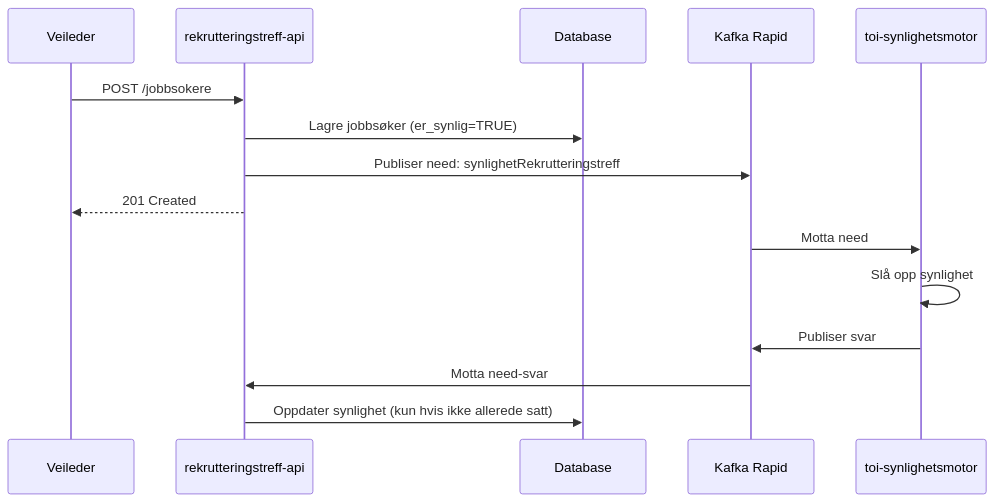
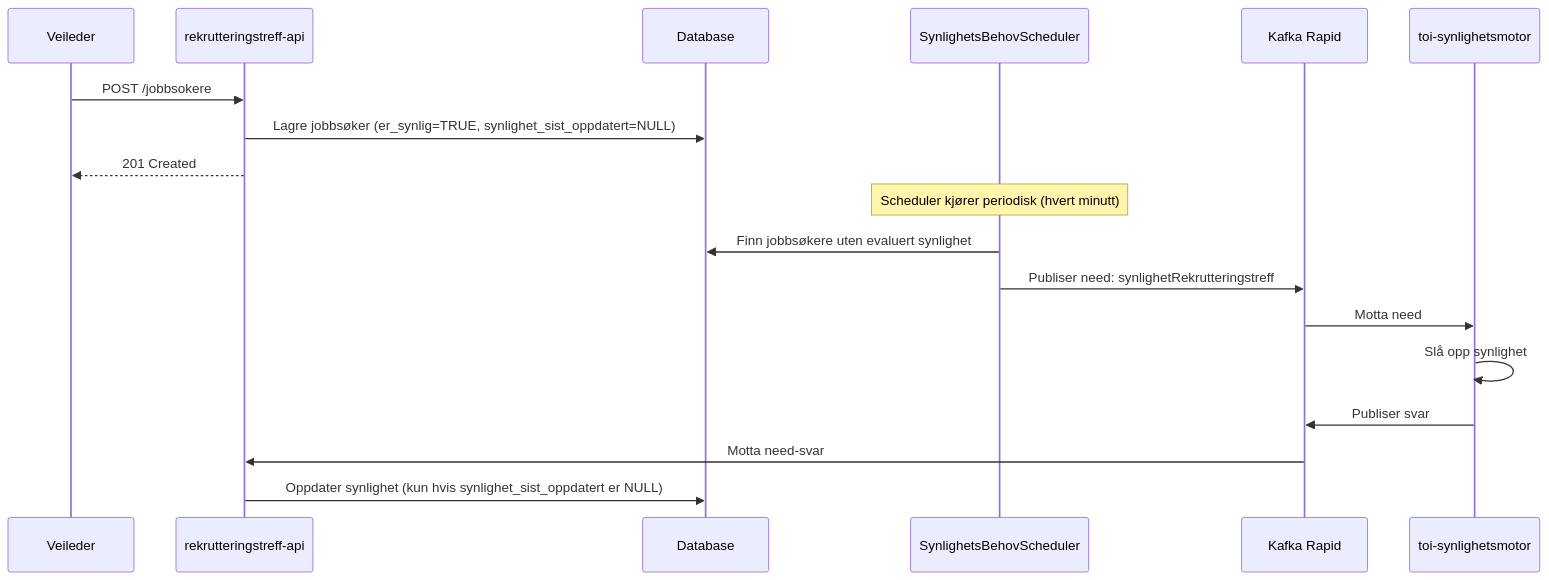
Before and after one commit to navikt/rekrutteringstreff-backend: the second of 4 diagrams in apps/rekrutteringstreff-api/docs/synlighet.md, drawn with Mermaid. The commit also changed other lines of this file and 9 other files, not shown here.

Commit message:
Bruk scheduler for å sende ut need

````diff
--- a/apps/rekrutteringstreff-api/docs/synlighet.md
+++ b/apps/rekrutteringstreff-api/docs/synlighet.md
@@ -54,20 +54,24 @@
 ```mermaid
 sequenceDiagram
     participant V as Veileder
     participant API as rekrutteringstreff-api
     participant DB as Database
+    participant Sched as SynlighetsBehovScheduler
     participant Kafka as Kafka Rapid
     participant SM as toi-synlighetsmotor
 
     V->>API: POST /jobbsokere
-    API->>DB: Lagre jobbsøker (er_synlig=TRUE)
-    API->>Kafka: Publiser need: synlighetRekrutteringstreff
+    API->>DB: Lagre jobbsøker (er_synlig=TRUE, synlighet_sist_oppdatert=NULL)
     API-->>V: 201 Created
+
+    Note over Sched: Scheduler kjører periodisk (hvert minutt)
+    Sched->>DB: Finn jobbsøkere uten evaluert synlighet
+    Sched->>Kafka: Publiser need: synlighetRekrutteringstreff
 
     Kafka->>SM: Motta need
     SM->>SM: Slå opp synlighet
     SM->>Kafka: Publiser svar
 
     Kafka->>API: Motta need-svar
-    API->>DB: Oppdater synlighet (kun hvis ikke allerede satt)
+    API->>DB: Oppdater synlighet (kun hvis synlighet_sist_oppdatert er NULL)
 ```
````
